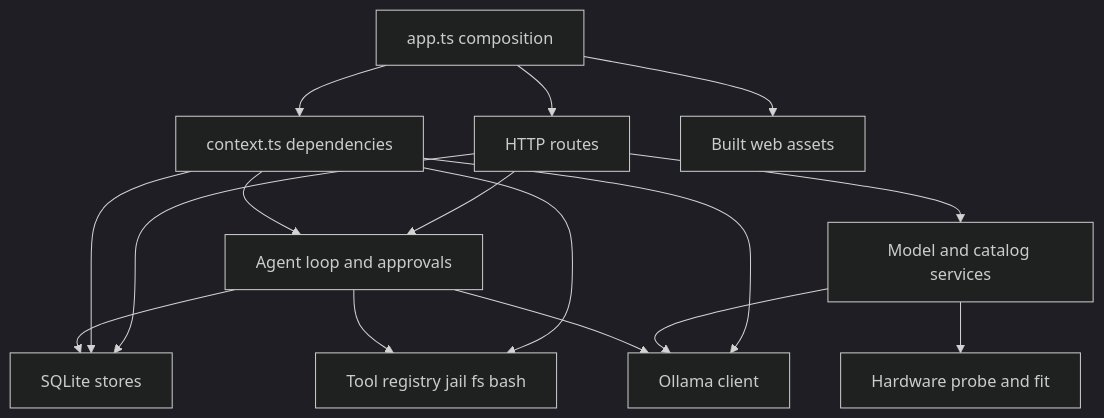
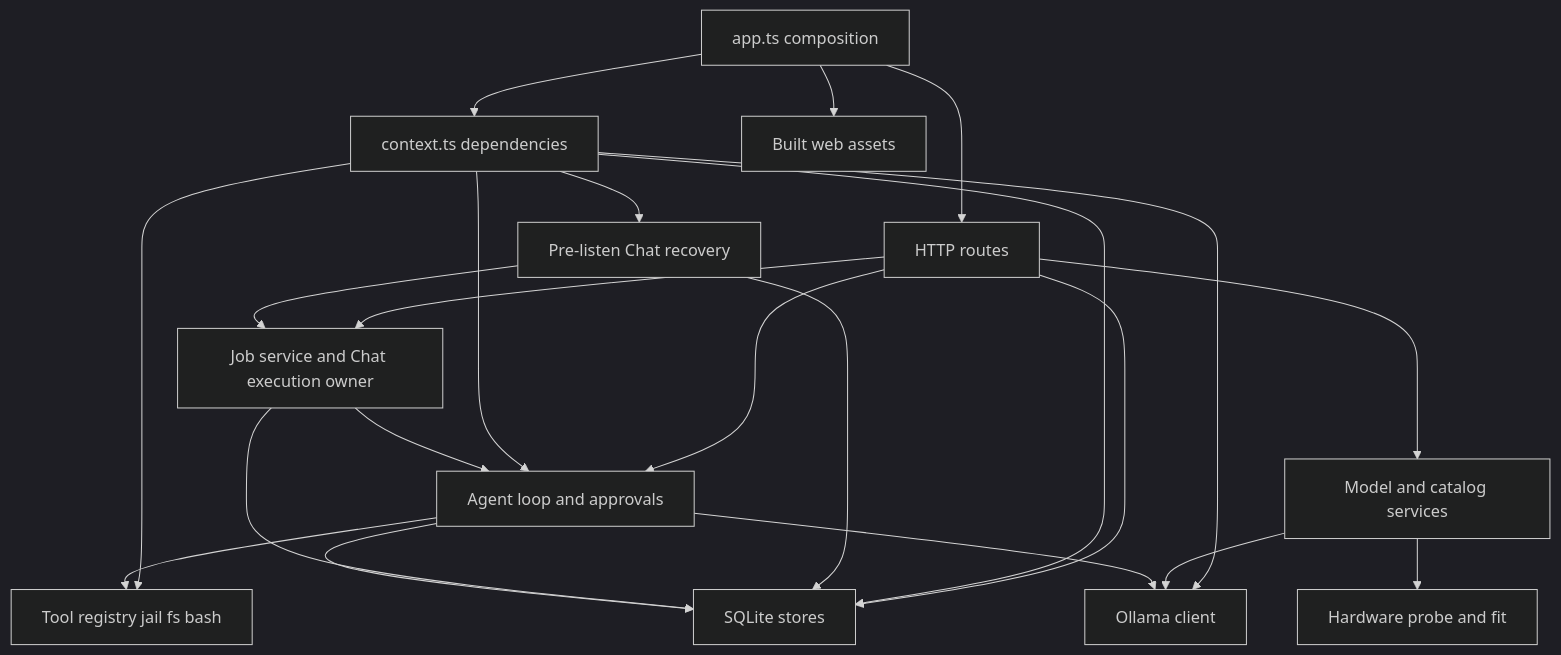
The diagram in docs/architecture/diagrams/lld-server.mmd (MattoYuzuru/Guanxi), drawn with Mermaid (dark theme) before and after one commit. The commit also changed other lines of this file and 10 other files, not shown here.

```diff
--- a/docs/architecture/diagrams/lld-server.mmd
+++ b/docs/architecture/diagrams/lld-server.mmd
@@ -1,27 +1,35 @@
 flowchart TB
     App[app.ts composition]
     Context[context.ts dependencies]
     Routes[HTTP routes]
     Stores[SQLite stores]
     Models[Model and catalog services]
     Hardware[Hardware probe and fit]
     Agent[Agent loop and approvals]
+    Jobs[Job service and Chat execution owner]
+    Recovery[Pre-listen Chat recovery]
     Tools[Tool registry jail fs bash]
     Ollama[Ollama client]
     Static[Built web assets]
 
     App --> Context
     App --> Routes
     App --> Static
     Routes --> Stores
     Routes --> Models
     Routes --> Agent
+    Routes --> Jobs
     Context --> Stores
     Context --> Ollama
     Context --> Tools
     Context --> Agent
+    Context --> Recovery
+    Recovery --> Jobs
+    Recovery --> Stores
+    Jobs --> Agent
+    Jobs --> Stores
     Models --> Ollama
     Models --> Hardware
     Agent --> Ollama
     Agent --> Tools
     Agent --> Stores
```
